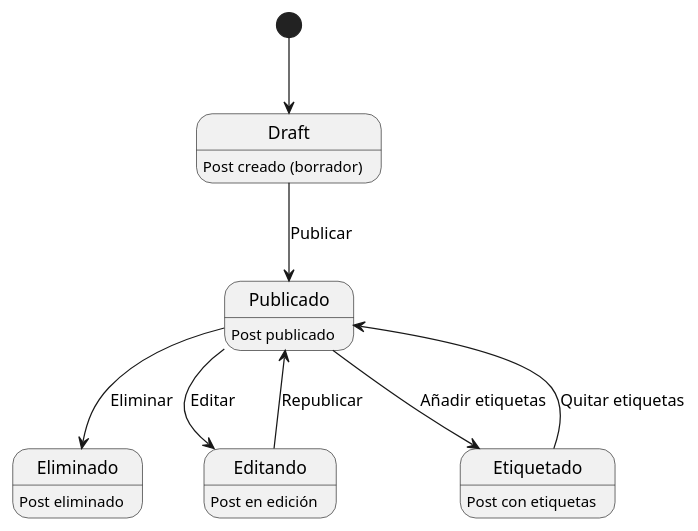
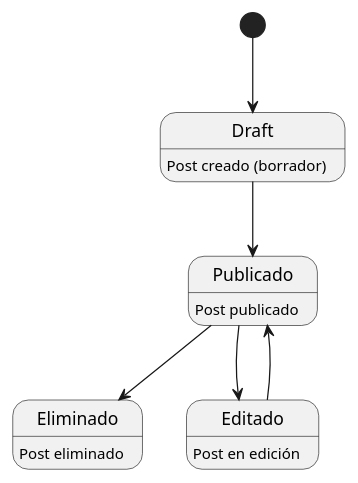
Before and after one commit to miguelgomez75/24-25-IdSw1-SDR: the diagram in MdD/DdEstados_Post/DdEstados_Post.puml, drawn with PlantUML.

Commit message:
Otro fix

```diff
--- a/MdD/DdEstados_Post/DdEstados_Post.puml
+++ b/MdD/DdEstados_Post/DdEstados_Post.puml
@@ -1,14 +1,15 @@
 @startuml
 [*] --> Draft
 Draft : Post creado (borrador)
-Draft --> Publicado : Publicar
+
+Draft --> Publicado 
 Publicado : Post publicado
-Publicado --> Eliminado : Eliminar
+
+Publicado --> Eliminado 
 Eliminado : Post eliminado
-Publicado --> Editando : Editar
-Editando : Post en edición
-Editando --> Publicado : Republicar
-Publicado --> Etiquetado : Añadir etiquetas
-Etiquetado : Post con etiquetas
-Etiquetado --> Publicado : Quitar etiquetas
-@enduml 
+
+Publicado --> Editado 
+Editado : Post en edición
+Editado --> Publicado 
+
+@enduml
```
